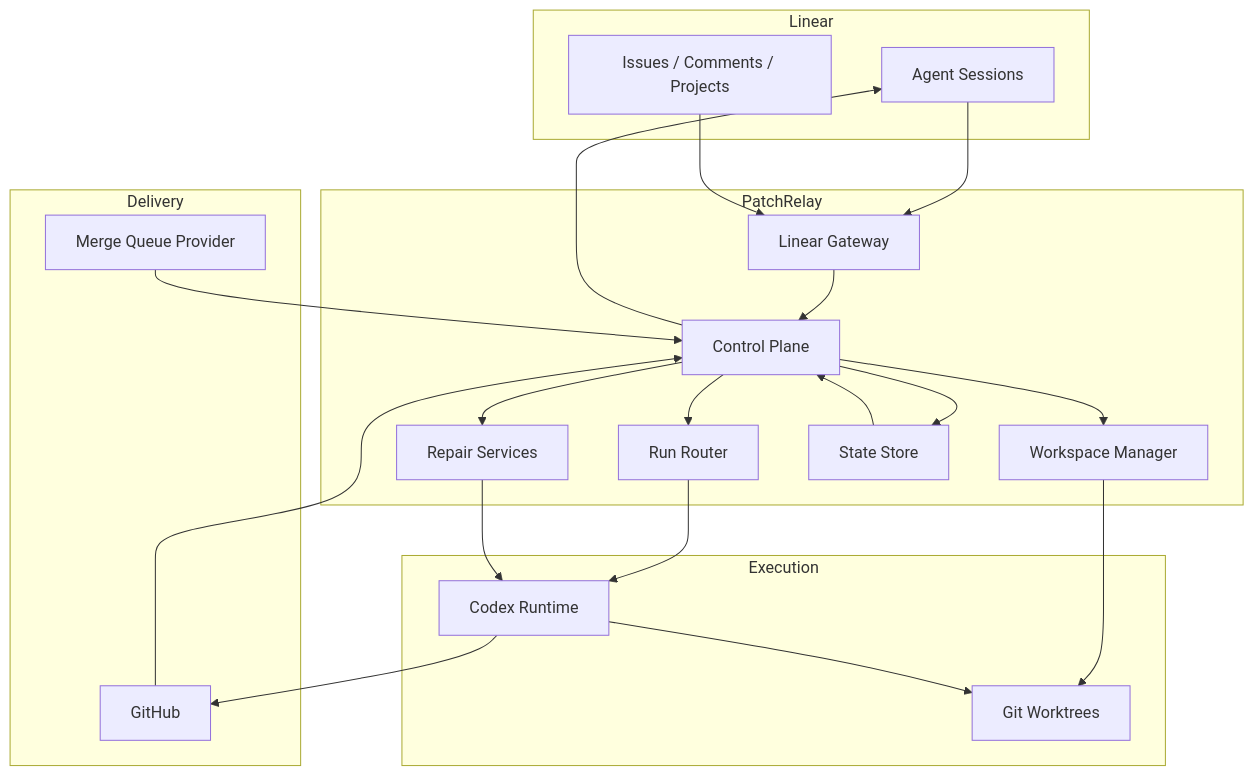
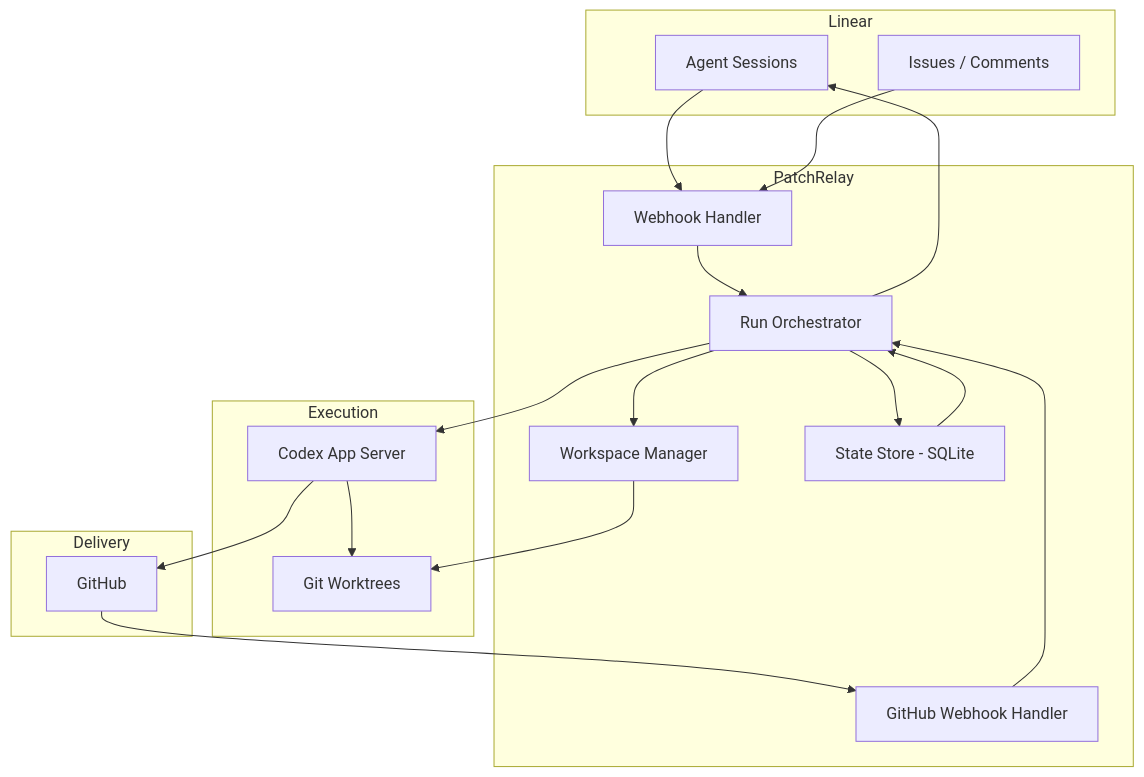
The diagram in docs/architecture.md (krasnoperov/patchrelay), drawn with Mermaid before and after one commit. The commit also changed other lines of this file and 5 other files, not shown here.

First line of the commit message:
docs: align all documentation with factory control plane implementation

````diff
--- a/docs/architecture.md
+++ b/docs/architecture.md
@@ -36,43 +36,38 @@
 ```mermaid
 flowchart TB
   subgraph Linear
     LS[Agent Sessions]
-    LI[Issues / Comments / Projects]
+    LI[Issues / Comments]
   end
 
   subgraph PatchRelay
-    LG[Linear Gateway]
-    CP[Control Plane]
+    WH[Webhook Handler]
+    GWH[GitHub Webhook Handler]
+    RO[Run Orchestrator]
     WM[Workspace Manager]
-    RR[Run Router]
-    RS[Repair Services]
-    ST[State Store]
+    ST[State Store - SQLite]
   end
 
   subgraph Execution
-    CR[Codex Runtime]
+    CR[Codex App Server]
     WT[Git Worktrees]
   end
 
   subgraph Delivery
     GH[GitHub]
-    MQ[Merge Queue Provider]
   end
 
-  LS --> LG
-  LI --> LG
-  LG --> CP
-  CP --> WM
-  CP --> RR
-  RR --> CR
+  LS --> WH
+  LI --> WH
+  WH --> RO
+  RO --> WM
+  RO --> CR
   WM --> WT
   CR --> WT
   CR --> GH
-  GH --> CP
-  MQ --> CP
-  CP --> ST
-  ST --> CP
-  CP --> LS
-  CP --> RS
-  RS --> CR
+  GH --> GWH
+  GWH --> RO
+  RO --> ST
+  ST --> RO
+  RO --> LS
 ```
````
